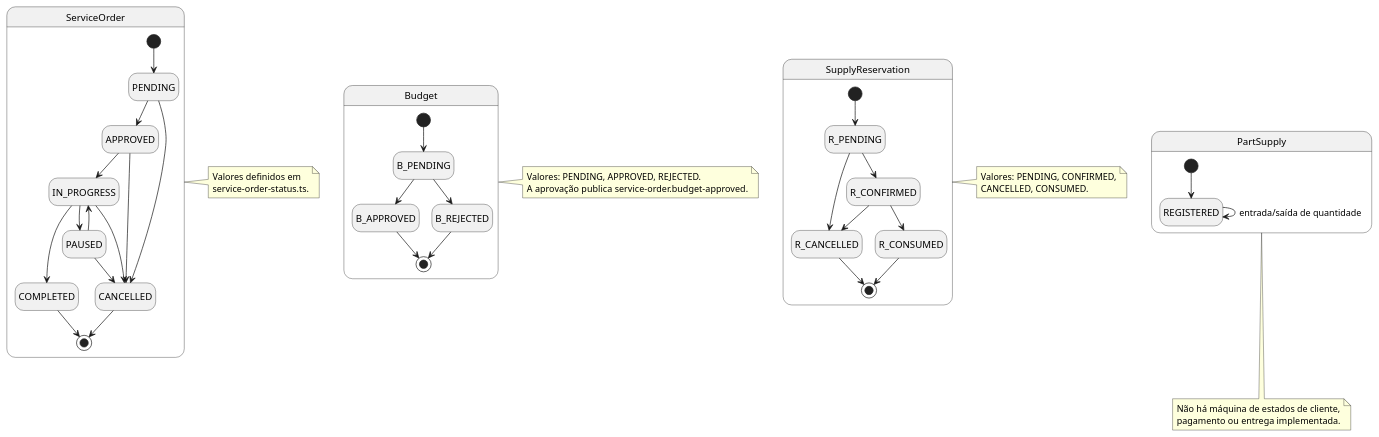
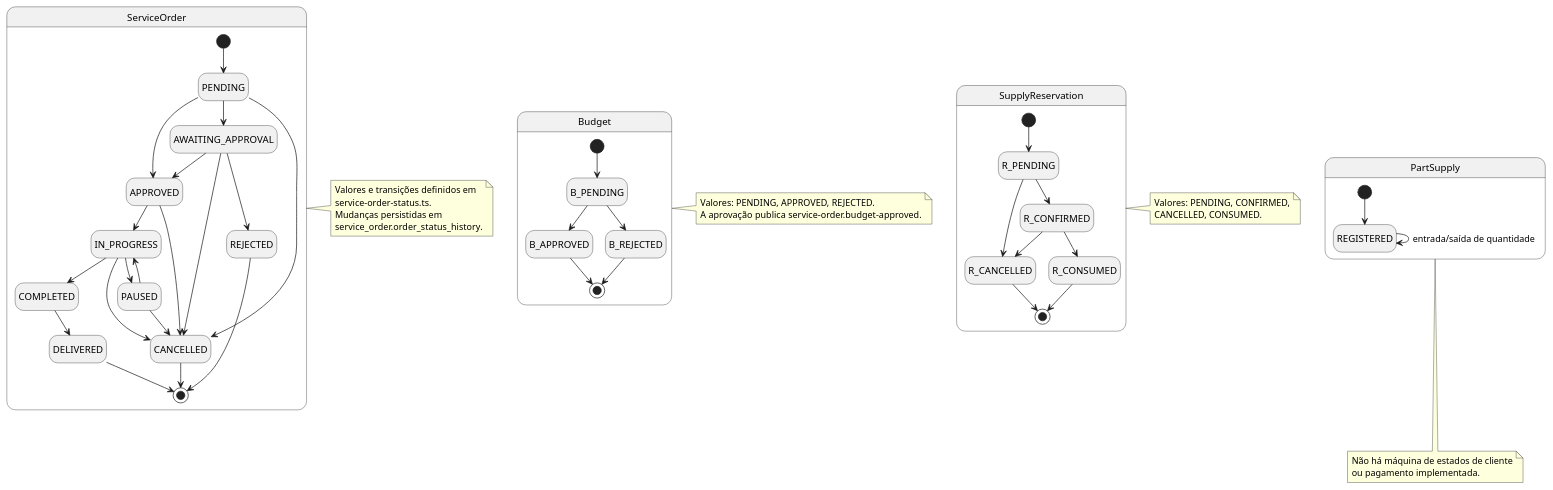
Before and after one commit to 15soat-fiap-45/api.mecanica: the diagram in docs/plantuml/flows/states.puml, drawn with PlantUML. The commit also changed 8 other files, not shown here.

Commit message:
docs(service-order): align C4 and PlantUML diagrams with current implementation

```diff
--- a/docs/plantuml/flows/states.puml
+++ b/docs/plantuml/flows/states.puml
@@ -1,61 +1,69 @@
 @startuml Estados do Domínio Atual
 hide empty description
 
 state "ServiceOrder" as SO {
     [*] --> PENDING
+    PENDING --> AWAITING_APPROVAL
     PENDING --> APPROVED
     PENDING --> CANCELLED
+    AWAITING_APPROVAL --> APPROVED
+    AWAITING_APPROVAL --> REJECTED
+    AWAITING_APPROVAL --> CANCELLED
+    REJECTED --> [*]
     APPROVED --> IN_PROGRESS
     APPROVED --> CANCELLED
     IN_PROGRESS --> PAUSED
     IN_PROGRESS --> COMPLETED
     IN_PROGRESS --> CANCELLED
     PAUSED --> IN_PROGRESS
     PAUSED --> CANCELLED
-    COMPLETED --> [*]
+    COMPLETED --> DELIVERED
+    DELIVERED --> [*]
     CANCELLED --> [*]
 }
 
 state "Budget" as BUDGET {
     [*] --> B_PENDING
     B_PENDING --> B_APPROVED
     B_PENDING --> B_REJECTED
     B_APPROVED --> [*]
     B_REJECTED --> [*]
 }
 
 state "SupplyReservation" as RESERVATION {
     [*] --> R_PENDING
     R_PENDING --> R_CONFIRMED
     R_PENDING --> R_CANCELLED
     R_CONFIRMED --> R_CONSUMED
     R_CONFIRMED --> R_CANCELLED
     R_CANCELLED --> [*]
     R_CONSUMED --> [*]
 }
 
 state "PartSupply" as SUPPLY {
     [*] --> REGISTERED
     REGISTERED --> REGISTERED : entrada/saída de quantidade
 }
 
 note right of SO
-    Valores definidos em
+    Valores e transições definidos em
     service-order-status.ts.
+    Mudanças persistidas em
+    service_order.order_status_history.
 end note
 
 note right of BUDGET
     Valores: PENDING, APPROVED, REJECTED.
     A aprovação publica service-order.budget-approved.
 end note
 
 note right of RESERVATION
     Valores: PENDING, CONFIRMED,
     CANCELLED, CONSUMED.
 end note
 
 note bottom of SUPPLY
-    Não há máquina de estados de cliente,
-    pagamento ou entrega implementada.
+    Não há máquina de estados de cliente
+    ou pagamento implementada.
 end note
 @enduml
```
